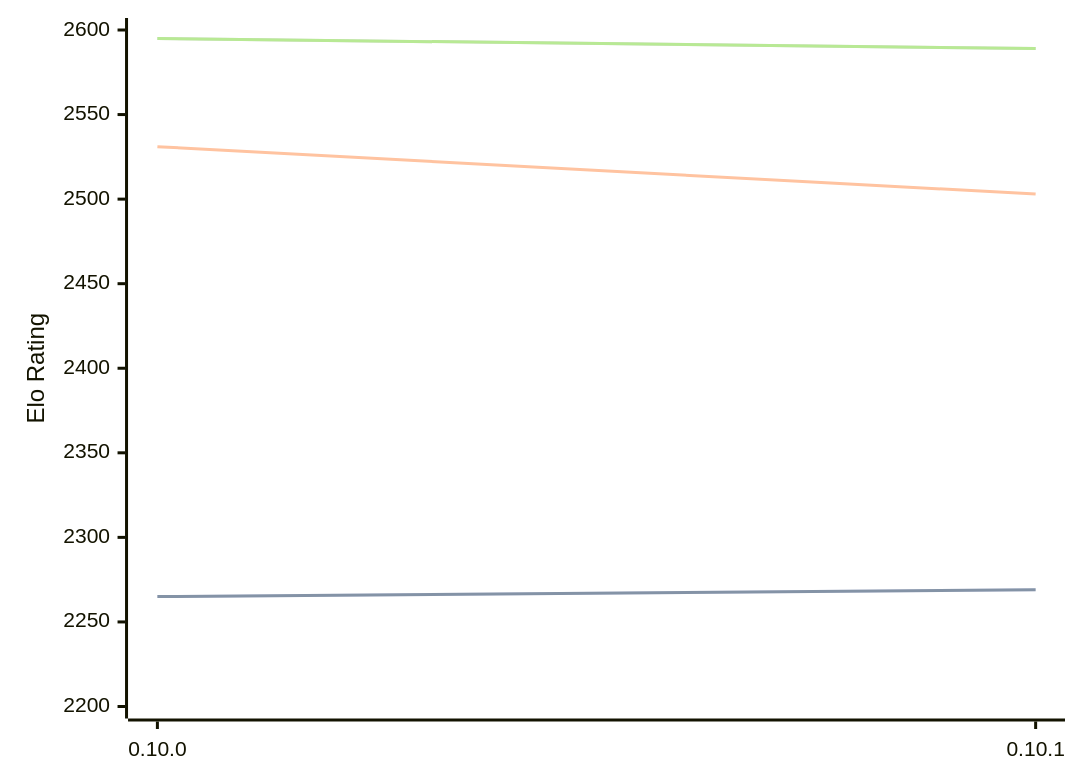
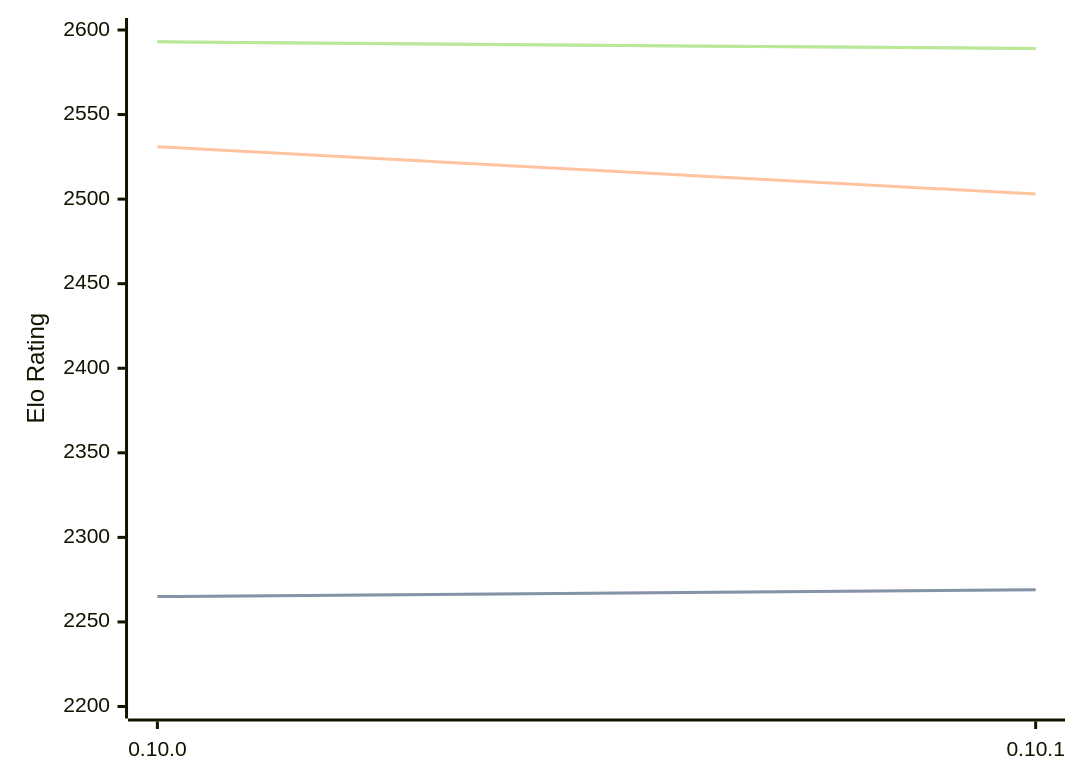
The diagram in engines/Fatalii.md (computer-chess-index/cci), drawn with Mermaid before and after one commit. The commit also changed other lines of this file, not shown here.

Commit message:
Update CCI Ratings (ELO VLTC) - 2026-07-28

````diff
--- a/engines/Fatalii.md
+++ b/engines/Fatalii.md
@@ -46,11 +46,11 @@
 ```mermaid
 %%{init: {"theme":"base","themeVariables":{"seriesColors:['#a3a3a3','#222221','#faa371']}}}%%
 xychart-beta
   x-axis ["0.10.0", "0.10.1"]
   y-axis "Elo Rating" 2200 --> 2600
   line "STC (8.0+0.08s)" [2265, 2269]
   line "STC (8.0+0.08s)" [2265, 2269]
   line "LTC (60.0+0.60s)" [2531, 2503]
-  line "VLTC (2m24s+1.12s)" [2595, 2589]
-  line "VLTC (2m24s+1.12s)" [2595, 2589]
+  line "VLTC (2m24s+1.12s)" [2593, 2589]
+  line "VLTC (2m24s+1.12s)" [2593, 2589]
 ```
````
